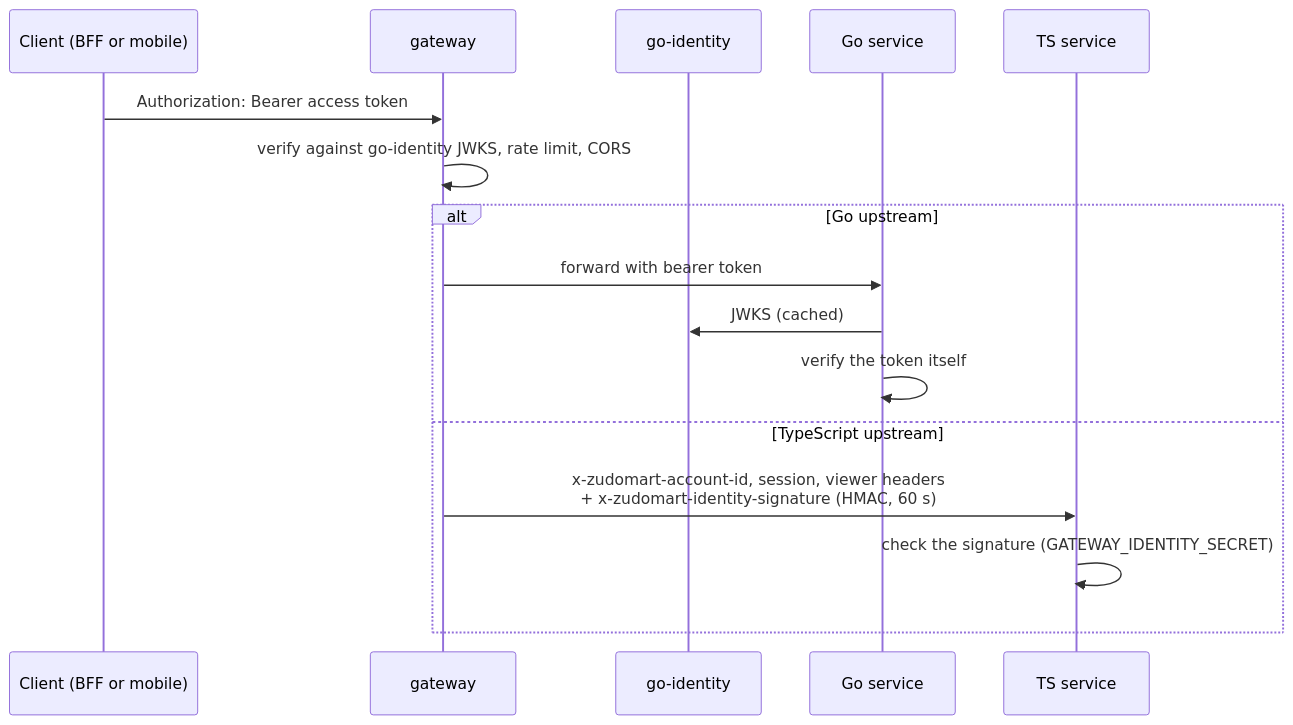
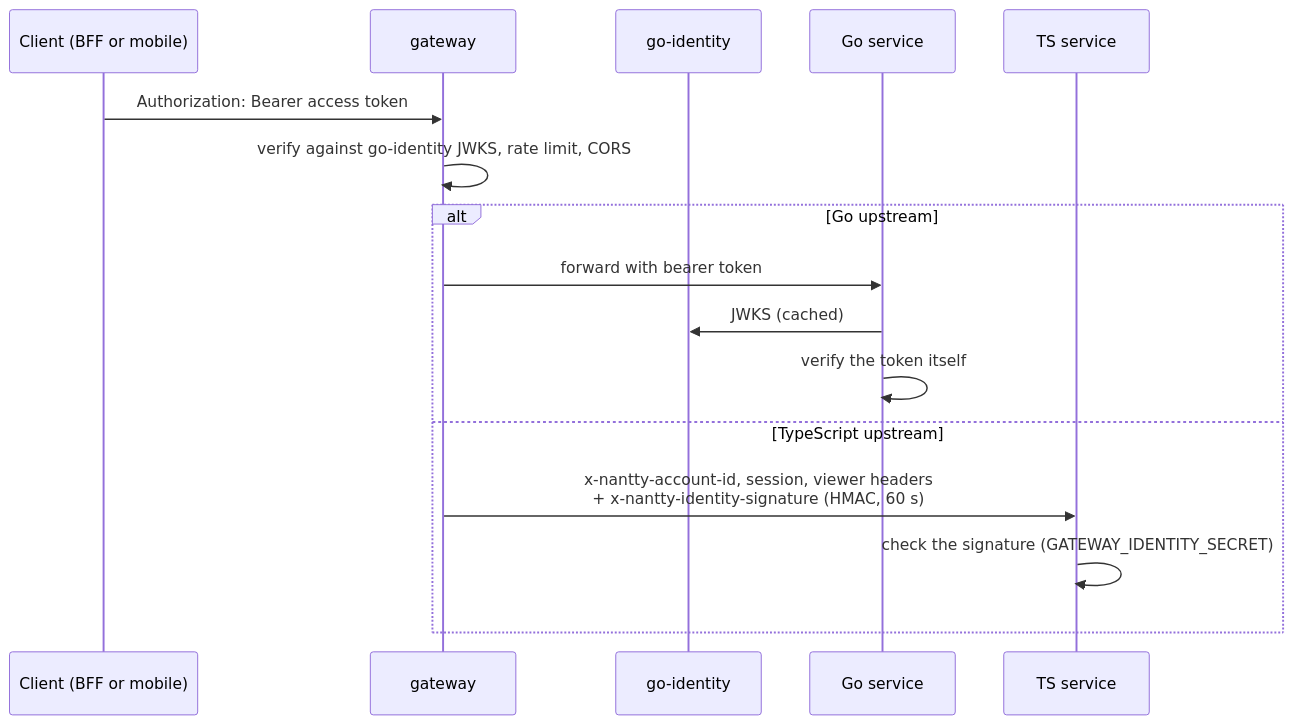
One commit to telente-technologies/nantty changed the fourth of 5 diagrams in docs/architecture/system.md. Above: the diagram before and after it, drawn with Mermaid. The commit also changed other lines of this file and 46 other files, not shown here.

Commit message:
docs: rebrand and update architecture, database, and integration guides

````diff
--- a/docs/architecture/system.md
+++ b/docs/architecture/system.md
@@ -173,18 +173,18 @@
 ```mermaid
 sequenceDiagram
   participant C as Client (BFF or mobile)
   participant G as gateway
   participant I as go-identity
   participant S as Go service
   participant T as TS service
   C->>G: Authorization: Bearer access token
   G->>G: verify against go-identity JWKS, rate limit, CORS
   alt Go upstream
     G->>S: forward with bearer token
     S->>I: JWKS (cached)
     S->>S: verify the token itself
   else TypeScript upstream
-    G->>T: x-zudomart-account-id, session, viewer headers<br/>+ x-zudomart-identity-signature (HMAC, 60 s)
+    G->>T: x-nantty-account-id, session, viewer headers<br/>+ x-nantty-identity-signature (HMAC, 60 s)
     T->>T: check the signature (GATEWAY_IDENTITY_SECRET)
   end
 ```
````
